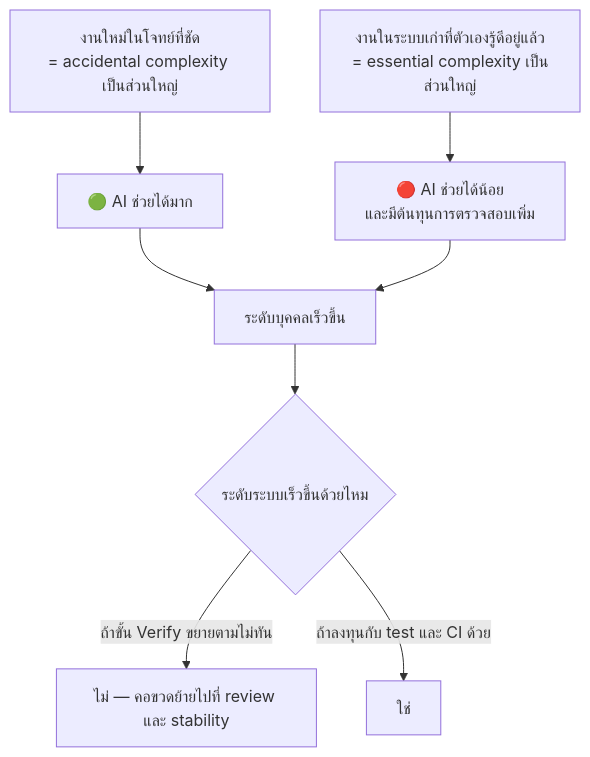
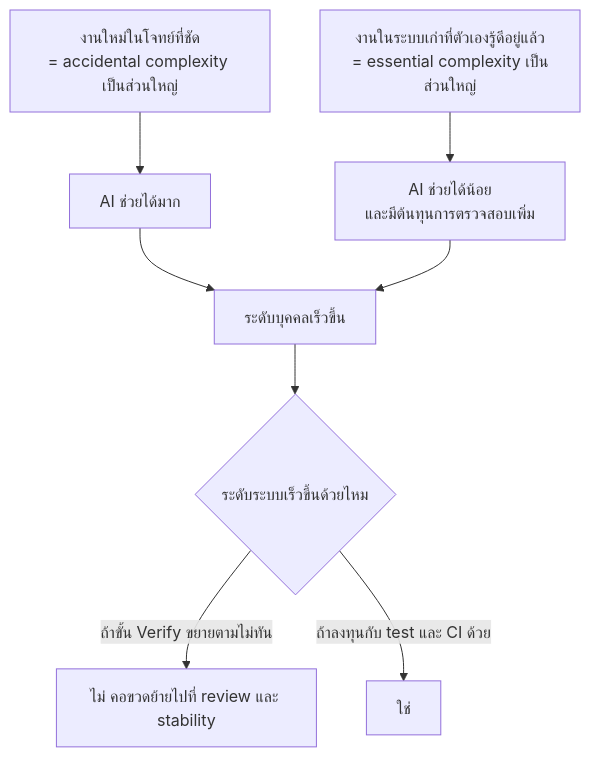
One commit to CE-SDPX/SDPX-AI changed the ninth of 9 diagrams in readings/05-mythical-man-month.md. Above: the diagram before and after it, drawn with Mermaid. The commit also changed other lines of this file and 6 other files, not shown here.

````diff
--- a/readings/05-mythical-man-month.md
+++ b/readings/05-mythical-man-month.md
@@ -465,10 +465,10 @@
 ```mermaid
 flowchart TB
-    T1["งานใหม่ในโจทย์ที่ชัด<br/>= accidental complexity เป็นส่วนใหญ่"] --> G["🟢 AI ช่วยได้มาก"]
-    T2["งานในระบบเก่าที่ตัวเองรู้ดีอยู่แล้ว<br/>= essential complexity เป็นส่วนใหญ่"] --> B["🔴 AI ช่วยได้น้อย<br/>และมีต้นทุนการตรวจสอบเพิ่ม"]
+    T1["งานใหม่ในโจทย์ที่ชัด<br/>= accidental complexity เป็นส่วนใหญ่"] --> G["AI ช่วยได้มาก"]
+    T2["งานในระบบเก่าที่ตัวเองรู้ดีอยู่แล้ว<br/>= essential complexity เป็นส่วนใหญ่"] --> B["AI ช่วยได้น้อย<br/>และมีต้นทุนการตรวจสอบเพิ่ม"]
     G --> SYS["ระดับบุคคลเร็วขึ้น"]
     B --> SYS
     SYS --> Q{"ระดับระบบเร็วขึ้นด้วยไหม"}
-    Q -->|"ถ้าขั้น Verify ขยายตามไม่ทัน"| NO["ไม่ — คอขวดย้ายไปที่ review และ stability"]
+    Q -->|"ถ้าขั้น Verify ขยายตามไม่ทัน"| NO["ไม่ คอขวดย้ายไปที่ review และ stability"]
     Q -->|"ถ้าลงทุนกับ test และ CI ด้วย"| YES["ใช่"]
 ```
````
